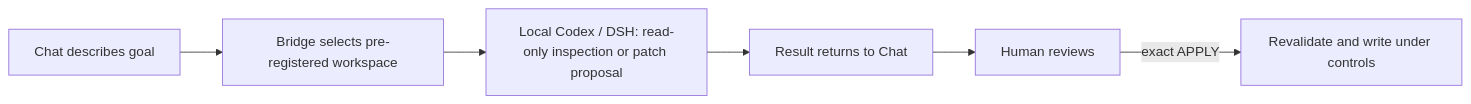
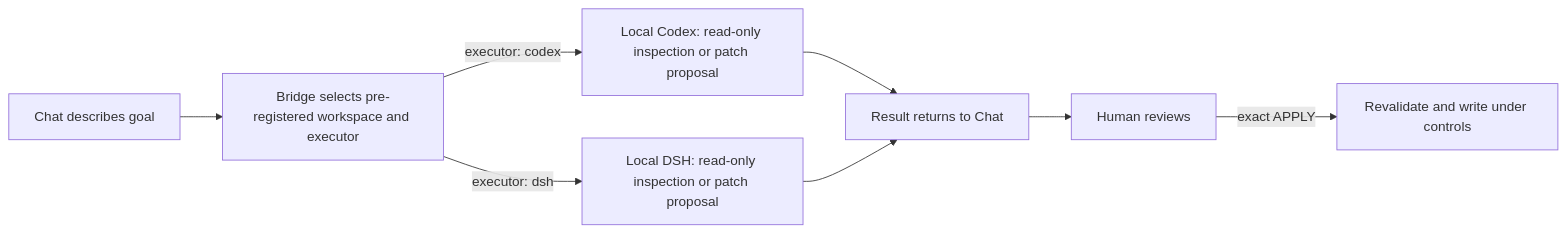
Before and after one commit to Aelfa13/chat-work-bridge: the diagram in README.en.md, drawn with Mermaid. The commit also changed other lines of this file and 1 other file, not shown here.

Commit message:
docs: present Codex and DSH as parallel executors

````diff
--- a/README.en.md
+++ b/README.en.md
@@ -17,8 +17,10 @@
 ```mermaid
 flowchart LR
-    A[Chat describes goal] --> B[Bridge selects pre-registered workspace]
-    B --> C[Local Codex / DSH: read-only inspection or patch proposal]
-    C --> D[Result returns to Chat]
+    A[Chat describes goal] --> B[Bridge selects pre-registered workspace and executor]
+    B -->|executor: codex| C1[Local Codex: read-only inspection or patch proposal]
+    B -->|executor: dsh| C2[Local DSH: read-only inspection or patch proposal]
+    C1 --> D[Result returns to Chat]
+    C2 --> D
     D --> E[Human reviews]
     E -->|exact APPLY| F[Revalidate and write under controls]
 ```
````
